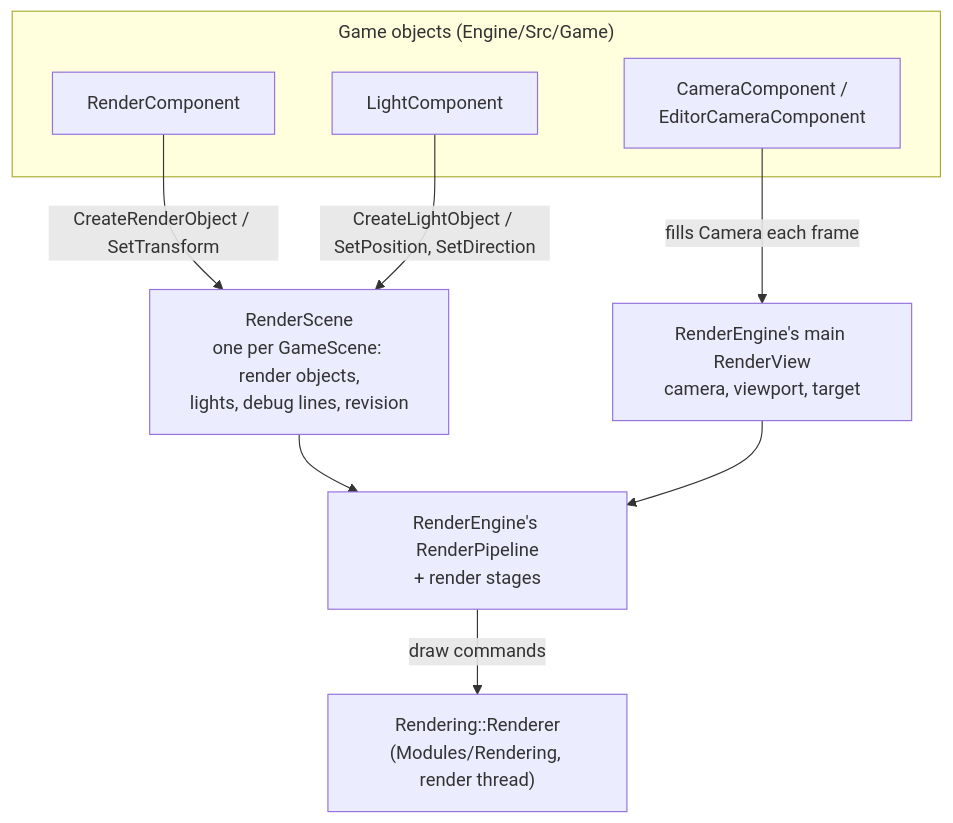
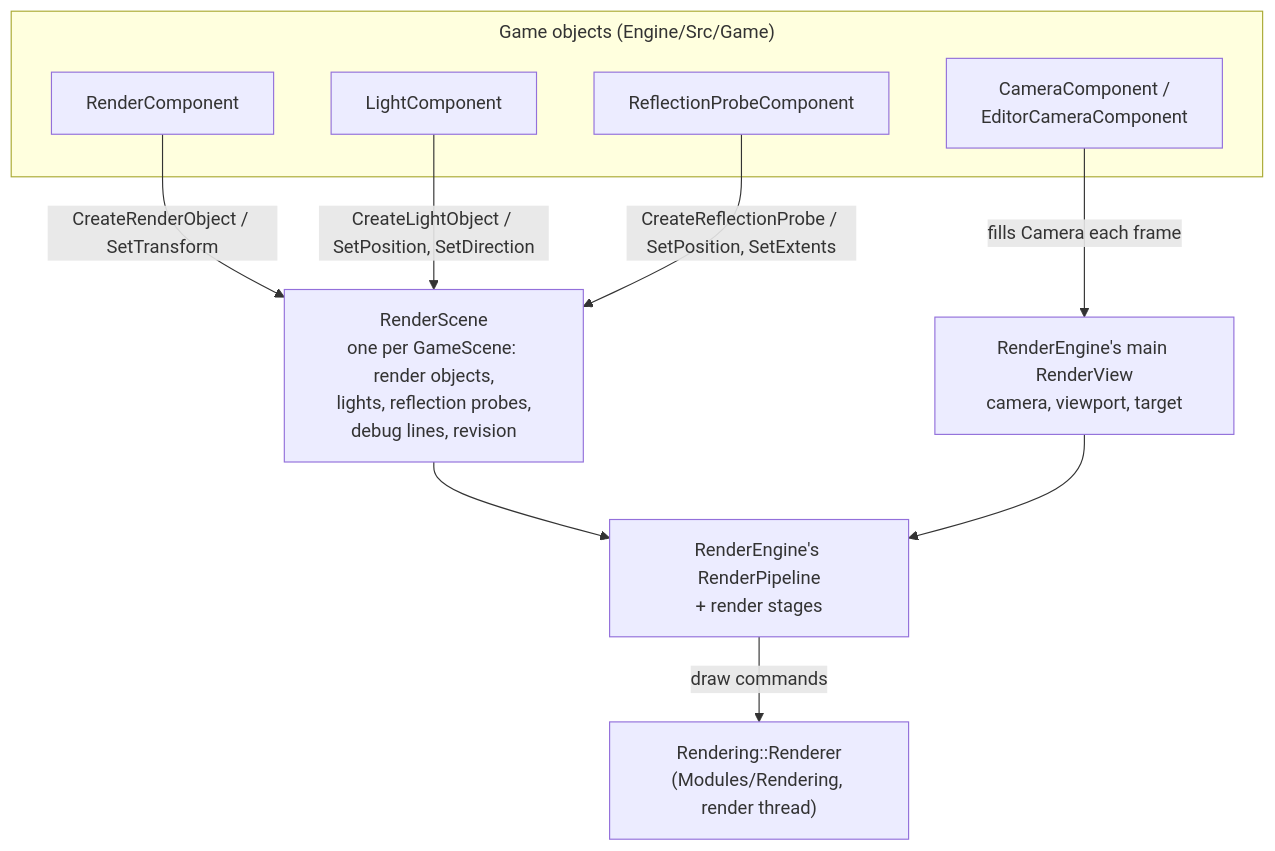
Before and after one commit to b1nary0/RZE: the first of 5 diagrams in Docs/Generated/Engine/04-Rendering/Engine-Graphics-Layer.md, drawn with Mermaid. The commit also changed other lines of this file and 5 other files, not shown here.

````diff
--- a/Docs/Generated/Engine/04-Rendering/Engine-Graphics-Layer.md
+++ b/Docs/Generated/Engine/04-Rendering/Engine-Graphics-Layer.md
@@ -5,20 +5,22 @@
 ```mermaid
 %%{init: {'flowchart': {'subGraphTitleMargin': {'top': 6, 'bottom': 10}}, 'themeCSS': '.labelBkg, .edgeLabel { background-color: var(--background-primary) !important; } .messageText, .labelText, .loopText { paint-order: stroke; stroke: var(--background-primary); stroke-width: 5px; stroke-linejoin: round; }'}}%%
 flowchart TD
     subgraph Game["Game objects (Engine/Src/Game)"]
         RC["RenderComponent"]
         DL["LightComponent"]
+        RPC["ReflectionProbeComponent"]
         CAM["CameraComponent /<br/>EditorCameraComponent"]
     end
-    SD["RenderScene<br/>one per GameScene: render objects,<br/>lights, debug lines, revision"]
+    SD["RenderScene<br/>one per GameScene: render objects,<br/>lights, reflection probes,<br/>debug lines, revision"]
     MV["RenderEngine's main RenderView<br/>camera, viewport, target"]
     PL["RenderEngine's RenderPipeline<br/>+ render stages"]
     LL["Rendering::Renderer<br/>(Modules/Rendering, render thread)"]
 
     RC -->|"CreateRenderObject / SetTransform"| SD
     DL -->|"CreateLightObject / SetPosition, SetDirection"| SD
+    RPC -->|"CreateReflectionProbe / SetPosition, SetExtents"| SD
     CAM -->|"fills Camera each frame"| MV
     SD --> PL
     MV --> PL
     PL -->|"draw commands"| LL
 ```
````
